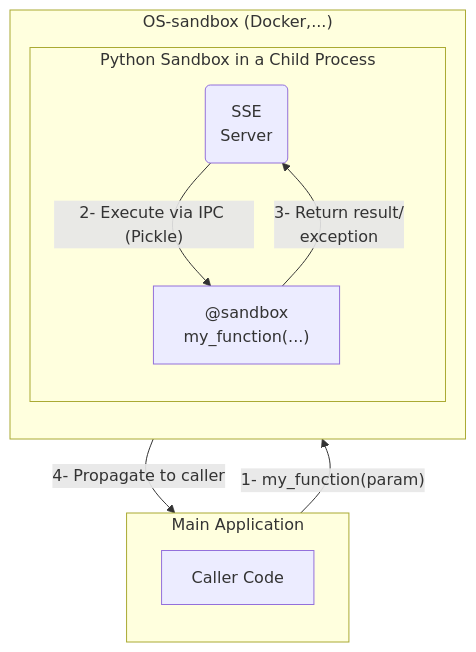
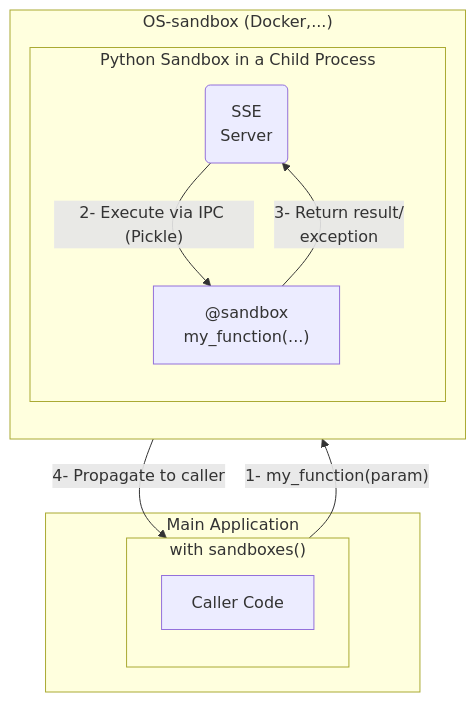
The second of 2 diagrams in README.md (pprados/pysandboxes), drawn with Mermaid before and after one commit. The commit also changed other lines of this file and 14 other files, not shown here.

Commit message:
Update the documentations and schema

````diff
--- a/README.md
+++ b/README.md
@@ -170,22 +171,24 @@
 ```mermaid
 flowchart TD
     subgraph MainApplicationFullPrivileges [Main Application]
-        direction TB
-        A[Caller Code]
+        subgraph WithSandboxes ["with sandboxes()"]
+            direction TB
+            A[Caller Code]
+        end
     end
     subgraph SandboxEnvironment ["OS-sandbox (Docker,...)"]
         direction TB
         subgraph OSSandbox [Python Sandbox in a Child Process]
             B(SSE<br/>Server)
 
                 C["@sandbox<br/>my_function(...)"]
         end
     end
 
 
     A -- "1- my_function(param)" --> B
     B -- "2- Execute via IPC (Pickle)" --> C
     C -- "3- Return result/<br/>exception" --> B
     B -- "4- Propagate to caller" --> A
 
 ```
````
